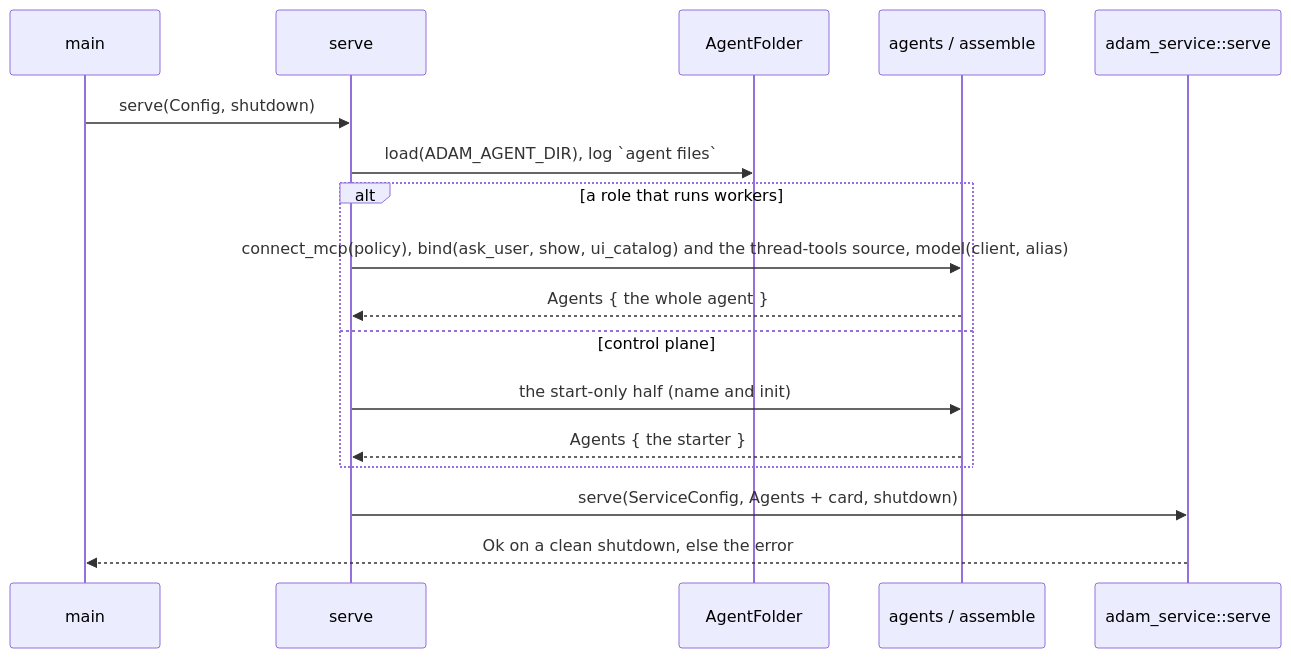
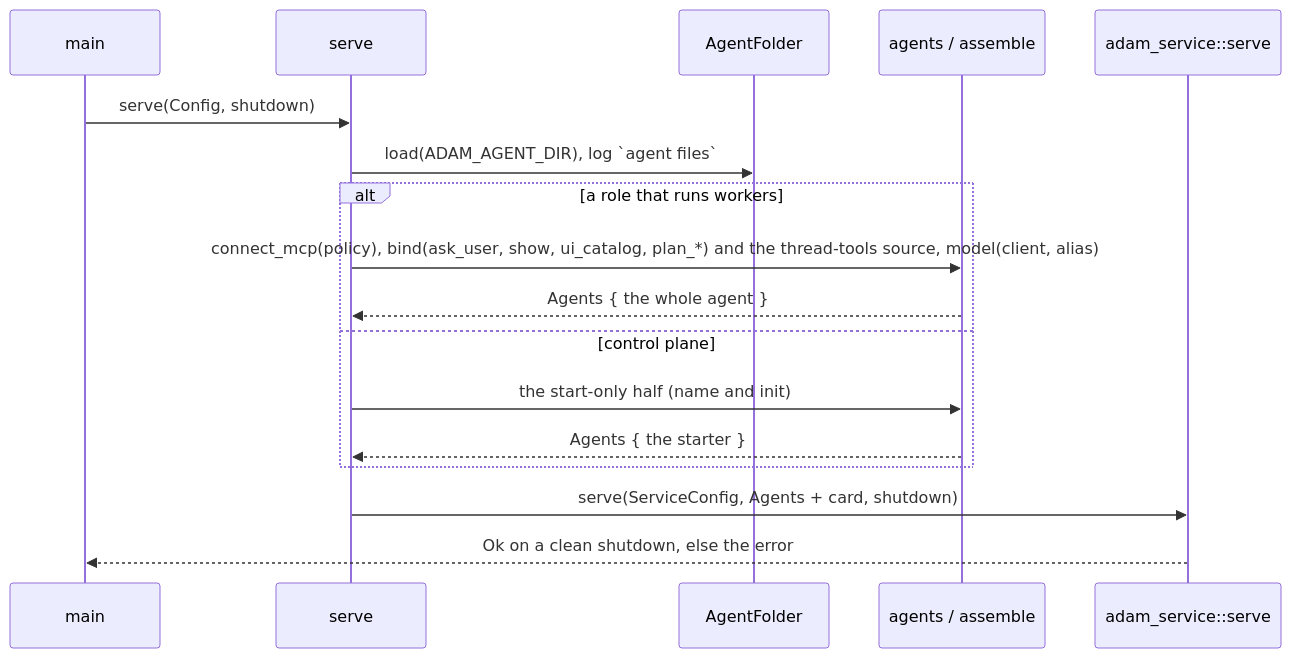
Before and after one commit to vymalo/another-adam-rs: the first of 2 diagrams in bin/adam-agent/README.md, drawn with Mermaid. The commit also changed other lines of this file and 10 other files, not shown here.

First line of the commit message:
docs: the plan tools (ADR 0044 slice 6) in the READMEs, the reference pages, the guide and the skills

````diff
--- a/bin/adam-agent/README.md
+++ b/bin/adam-agent/README.md
@@ -233,19 +238,19 @@
 ```mermaid
 sequenceDiagram
   participant M as main
   participant S as serve
   participant F as AgentFolder
   participant A as agents / assemble
   participant V as adam_service::serve
   M->>S: serve(Config, shutdown)
   S->>F: load(ADAM_AGENT_DIR), log `agent files`
   alt a role that runs workers
-    S->>A: connect_mcp(policy), bind(ask_user, show, ui_catalog) and the thread-tools source, model(client, alias)
+    S->>A: connect_mcp(policy), bind(ask_user, show, ui_catalog, plan_*) and the thread-tools source, model(client, alias)
     A-->>S: Agents { the whole agent }
   else control plane
     S->>A: the start-only half (name and init)
     A-->>S: Agents { the starter }
   end
   S->>V: serve(ServiceConfig, Agents + card, shutdown)
   V-->>M: Ok on a clean shutdown, else the error
 ```
````
